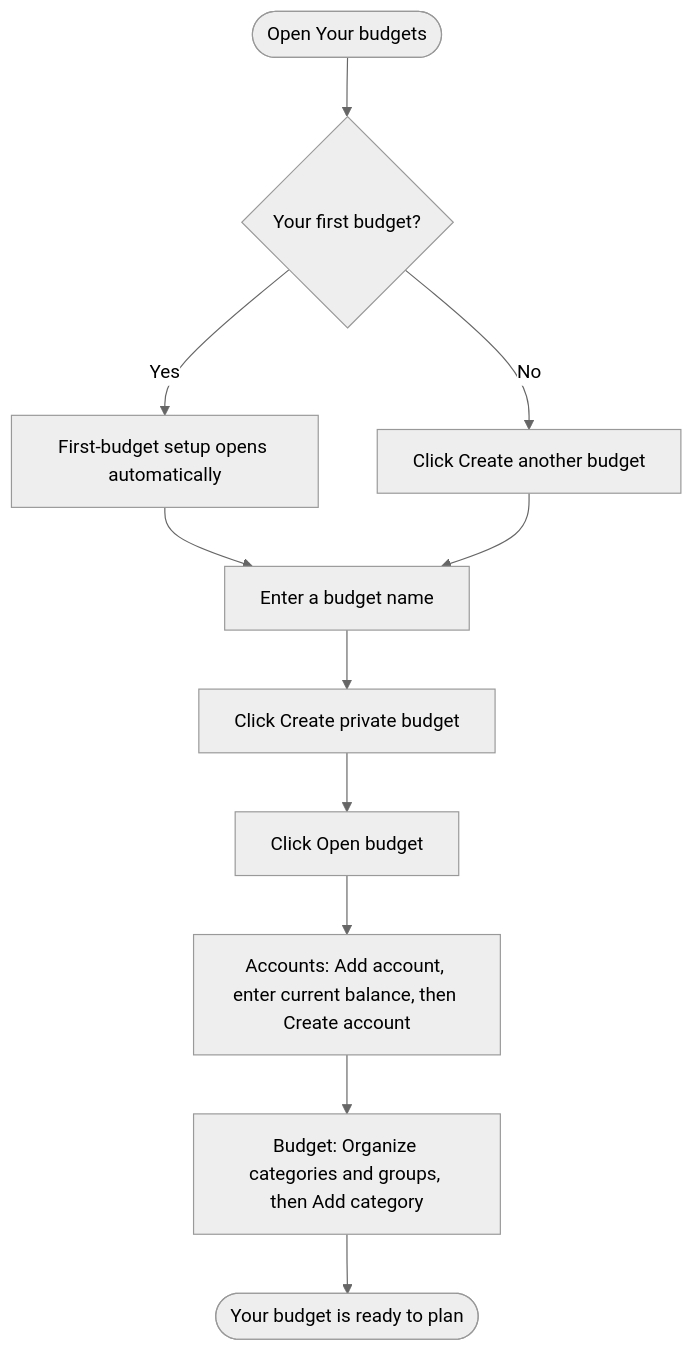
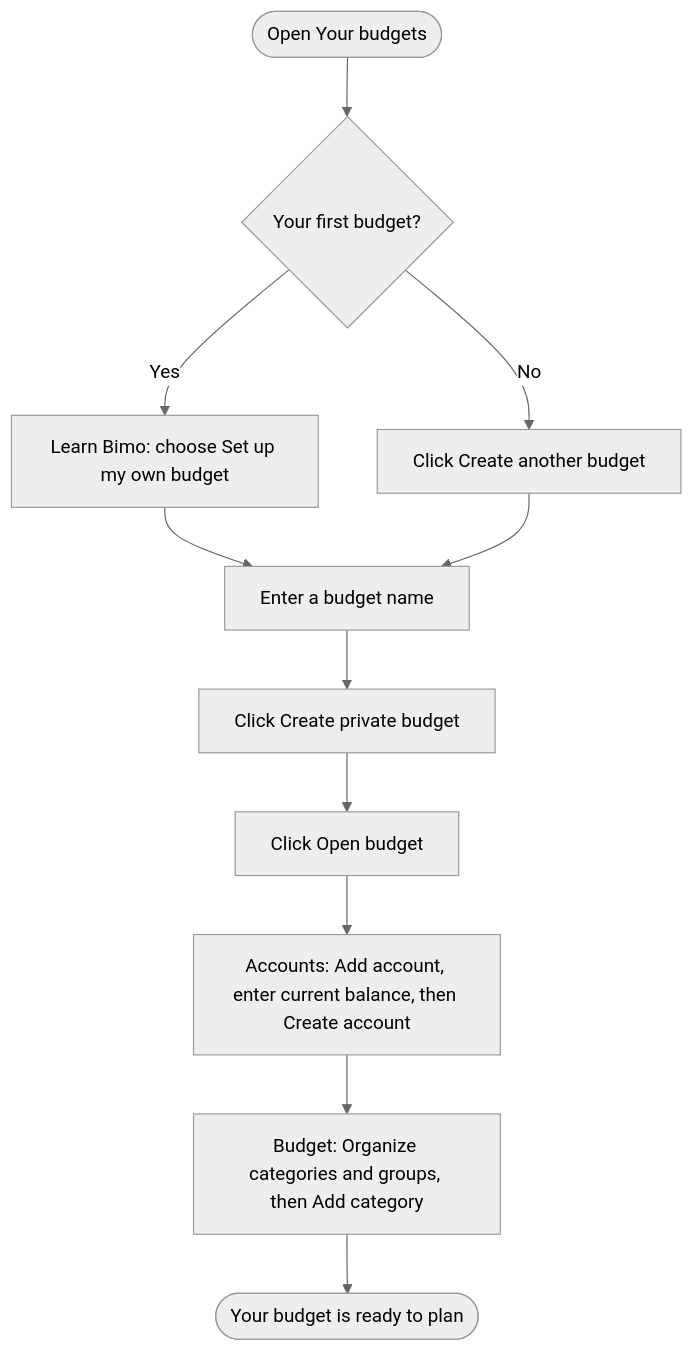
Before and after one commit to Mastermoh0/bmo-budget-app: the first of 6 diagrams in bimo-user-workflows.md, drawn with Mermaid (neutral theme). The commit also changed 37 other files, not shown here.

````diff
--- a/bimo-user-workflows.md
+++ b/bimo-user-workflows.md
@@ -7,19 +7,19 @@
 ```mermaid
 flowchart TD
     home(["Open Your budgets"])
     first{"Your first budget?"}
-    setup["First-budget setup opens automatically"]
+    setup["Learn Bimo: choose Set up my own budget"]
     another["Click Create another budget"]
     name["Enter a budget name"]
     create["Click Create private budget"]
     open["Click Open budget"]
     accounts["Accounts: Add account, enter current balance, then Create account"]
     categories["Budget: Organize categories and groups, then Add category"]
     done(["Your budget is ready to plan"])
     home --> first
     first -->|"Yes"| setup
     first -->|"No"| another
     setup --> name
     another --> name
     name --> create --> open --> accounts --> categories --> done
 ```
````
